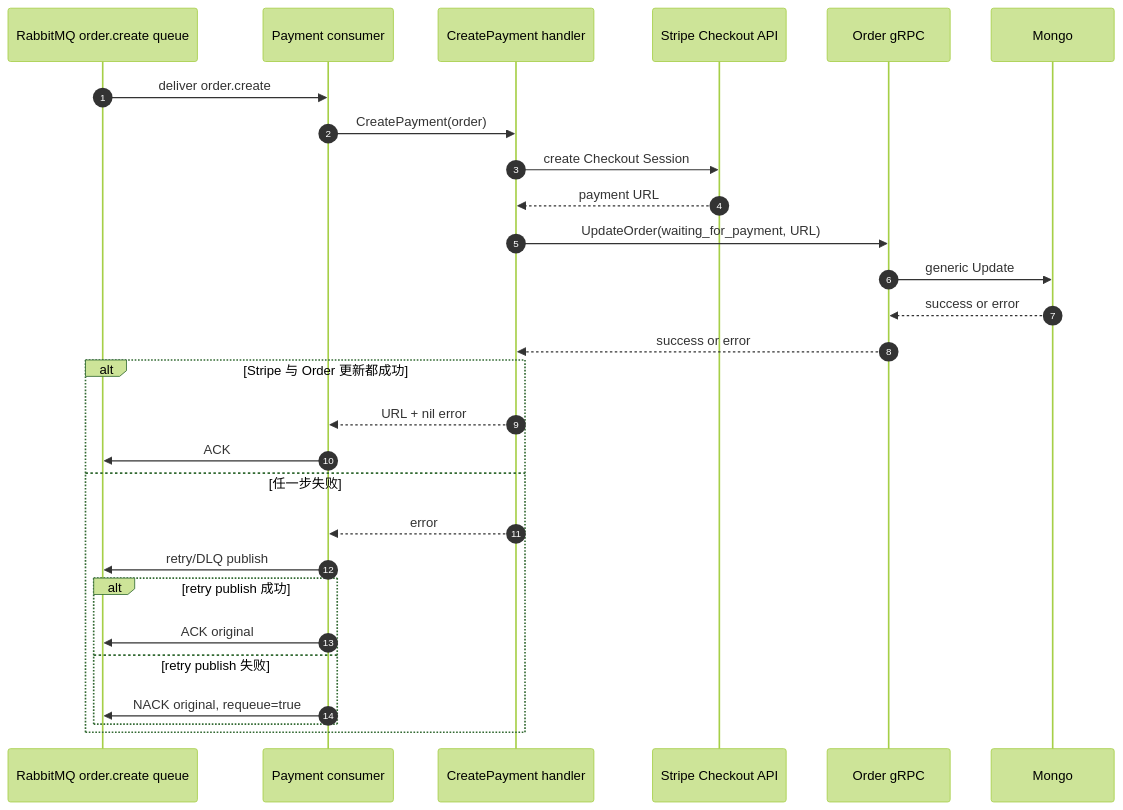
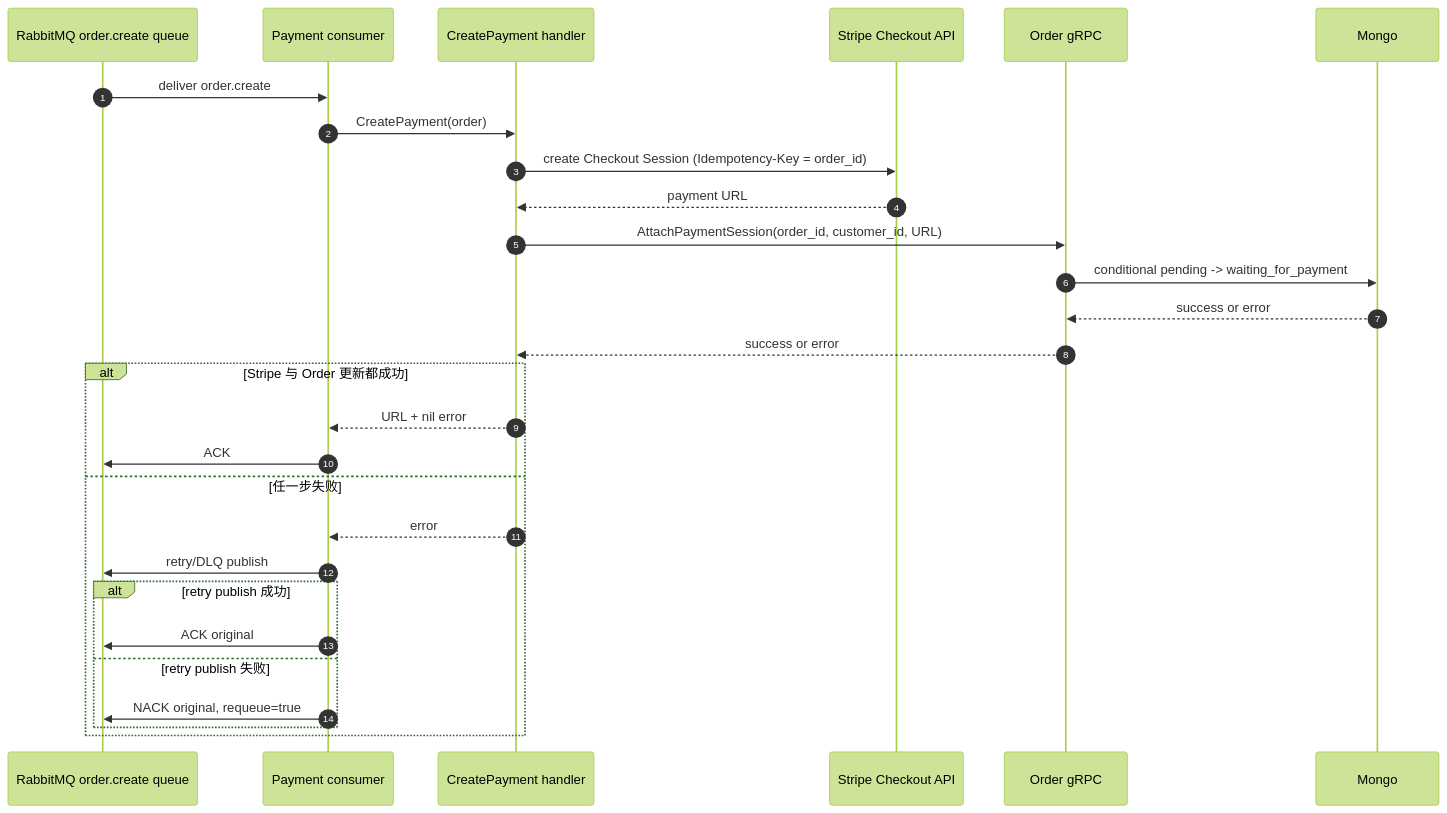
The third of 5 diagrams in docs/architecture/business-flow.md (jiahuipaung/gorder), drawn with Mermaid (forest theme) before and after one commit. The commit also changed other lines of this file and 9 other files, not shown here.

````diff
--- a/docs/architecture/business-flow.md
+++ b/docs/architecture/business-flow.md
@@ -95,31 +96,31 @@
 ```mermaid
 sequenceDiagram
     autonumber
     participant MQ as RabbitMQ order.create queue
     participant Consumer as Payment consumer
     participant PaymentApp as CreatePayment handler
     participant Stripe as Stripe Checkout API
     participant OrderGRPC as Order gRPC
     participant Mongo
 
     MQ->>Consumer: deliver order.create
     Consumer->>PaymentApp: CreatePayment(order)
-    PaymentApp->>Stripe: create Checkout Session
+    PaymentApp->>Stripe: create Checkout Session (Idempotency-Key = order_id)
     Stripe-->>PaymentApp: payment URL
-    PaymentApp->>OrderGRPC: UpdateOrder(waiting_for_payment, URL)
-    OrderGRPC->>Mongo: generic Update
+    PaymentApp->>OrderGRPC: AttachPaymentSession(order_id, customer_id, URL)
+    OrderGRPC->>Mongo: conditional pending -> waiting_for_payment
     Mongo-->>OrderGRPC: success or error
     OrderGRPC-->>PaymentApp: success or error
     alt Stripe 与 Order 更新都成功
         PaymentApp-->>Consumer: URL + nil error
         Consumer->>MQ: ACK
     else 任一步失败
         PaymentApp-->>Consumer: error
         Consumer->>MQ: retry/DLQ publish
         alt retry publish 成功
             Consumer->>MQ: ACK original
         else retry publish 失败
             Consumer->>MQ: NACK original, requeue=true
         end
     end
 ```
````
